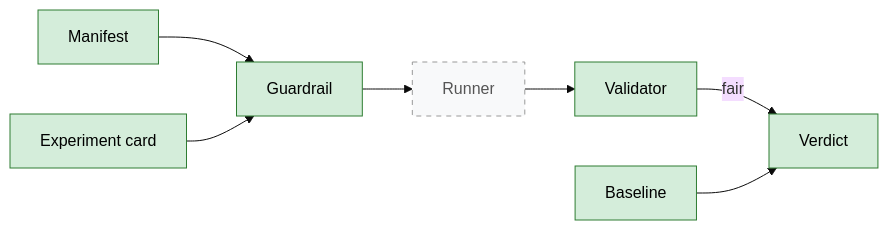
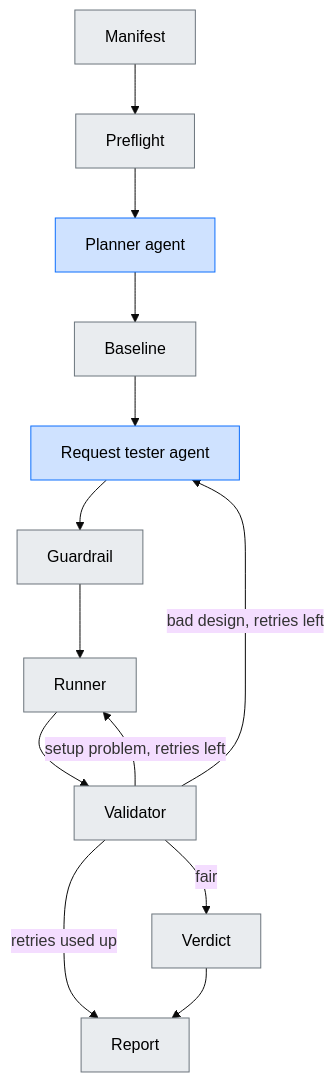
One commit to AymenZ/Chaos-testing-multi-agent-system changed the first of 2 diagrams in README.md. Above: the diagram before and after it, drawn with Mermaid (base theme). The commit also changed other lines of this file and 23 other files, not shown here.

````diff
--- a/README.md
+++ b/README.md
@@ -21,12 +20,20 @@
 ```mermaid
-flowchart LR
-    MAN["Manifest"]:::done --> GR["Guardrail"]:::done
-    SPEC["Experiment card"]:::done --> GR
-    GR --> RUN["Runner"]:::todo
-    RUN --> VAL["Validator"]:::done
-    VAL -->|"fair"| VER["Verdict"]:::done
-    BASE["Baseline"]:::done --> VER
+flowchart TD
+    A["Manifest"] --> B["Preflight"]
+    B --> C["Planner agent"]
+    C --> D["Baseline"]
+    D --> E["Request tester agent"]
+    E --> F["Guardrail"]
+    F --> G["Runner"]
+    G --> H["Validator"]
+    H -->|"setup problem, retries left"| G
+    H -->|"bad design, retries left"| E
+    H -->|"retries used up"| R["Report"]
+    H -->|"fair"| I["Verdict"]
+    I --> R
 
-    classDef done fill:#d4edda,stroke:#2e7d32,color:#000
-    classDef todo fill:#f8f9fa,stroke:#999,stroke-dasharray: 5 5,color:#555
+    classDef agent fill:#cfe2ff,stroke:#0d6efd,color:#000
+    classDef code fill:#e9ecef,stroke:#6c757d,color:#000
+    class C,E agent
+    class A,B,D,F,G,H,I,R code
 ```
````
